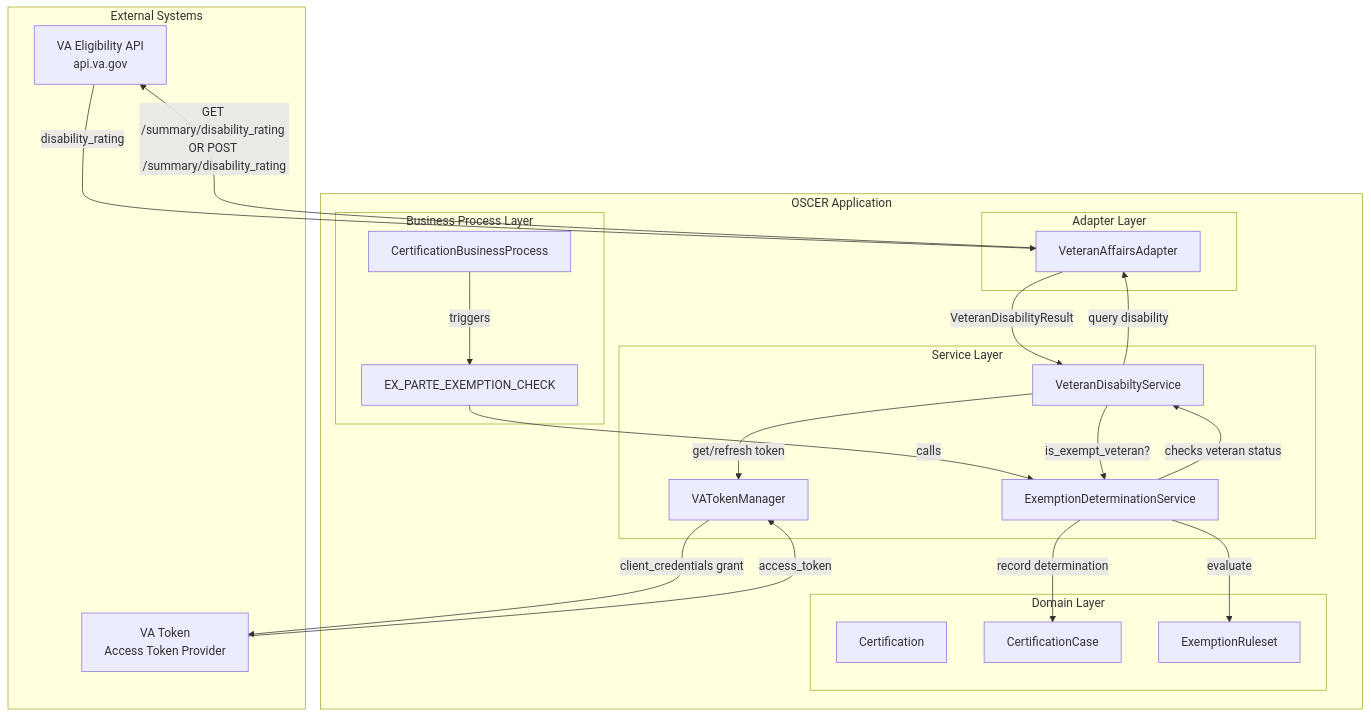
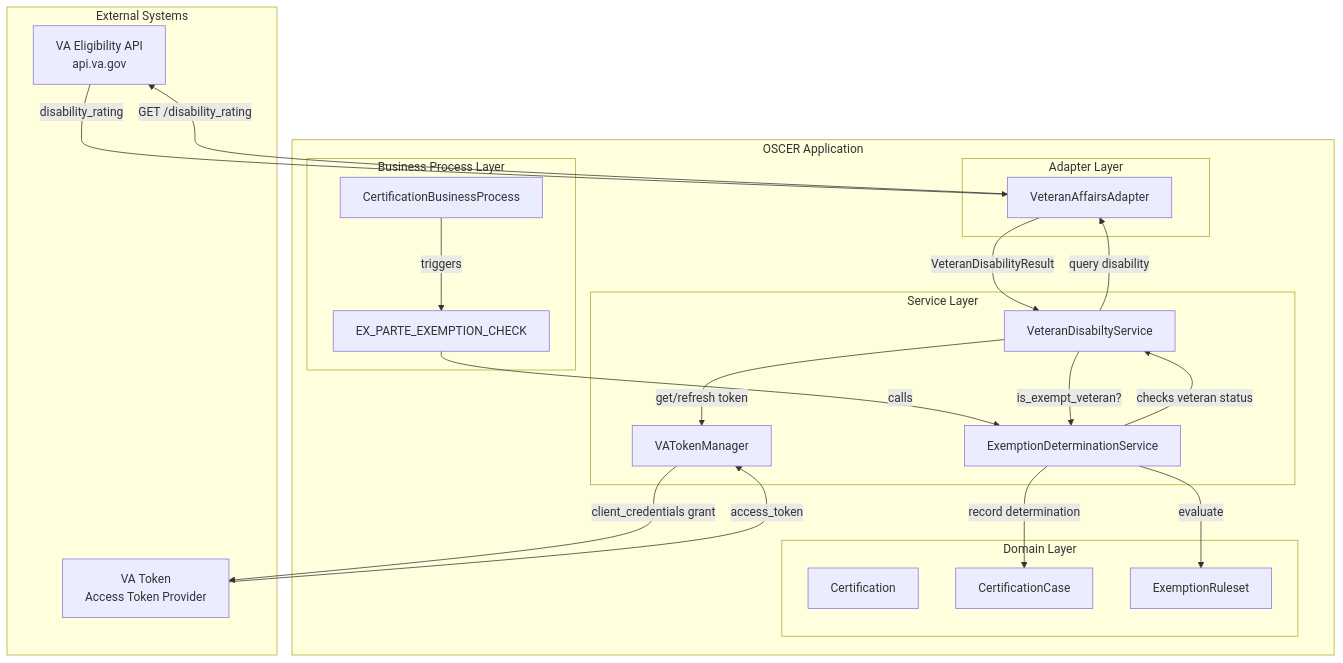
The first of 2 diagrams in docs/architecture/va-eligibility-integration/va-eligibility-integration.md (navapbc/oscer), drawn with Mermaid before and after one commit. The commit also changed other lines of this file, not shown here.

````diff
--- a/docs/architecture/va-eligibility-integration/va-eligibility-integration.md
+++ b/docs/architecture/va-eligibility-integration/va-eligibility-integration.md
@@ -46,44 +46,44 @@
 ```mermaid
 flowchart TB
     subgraph External["External Systems"]
         VAAPI[VA Eligibility API<br/>api.va.gov]
         TokenApi[VA Token<br/>Access Token Provider]
     end
 
     subgraph Application["OSCER Application"]
         subgraph BusinessProcess["Business Process Layer"]
             CertBP[CertificationBusinessProcess]
             ExPartStep[EX_PARTE_EXEMPTION_CHECK]
         end
 
         subgraph Services["Service Layer"]
             ExemptionService[ExemptionDeterminationService]
             VAService[VeteranDisabiltyService]
             TokenManager[VATokenManager]
         end
 
         subgraph Adapters["Adapter Layer"]
             VAAdapter[VeteranAffairsAdapter]
         end
 
         subgraph Domain["Domain Layer"]
             Certification[Certification]
             CertCase[CertificationCase]
             RulesEngine[ExemptionRuleset]
         end
     end
 
     CertBP -->|"triggers"| ExPartStep
     ExPartStep -->|"calls"| ExemptionService
     ExemptionService -->|"checks veteran status"| VAService
     VAService -->|"get/refresh token"| TokenManager
     TokenManager -->|"client_credentials grant"| TokenApi
     TokenApi -->|"access_token"| TokenManager
     VAService -->|"query disability"| VAAdapter
-    VAAdapter -->|"GET /summary/disability_rating OR POST /summary/disability_rating"| VAAPI
+    VAAdapter -->|"GET /disability_rating"| VAAPI
     VAAPI -->|"disability_rating"| VAAdapter
     VAAdapter -->|"VeteranDisabilityResult"| VAService
     VAService -->|"is_exempt_veteran?"| ExemptionService
     ExemptionService -->|"evaluate"| RulesEngine
     ExemptionService -->|"record determination"| CertCase
 ```
````
